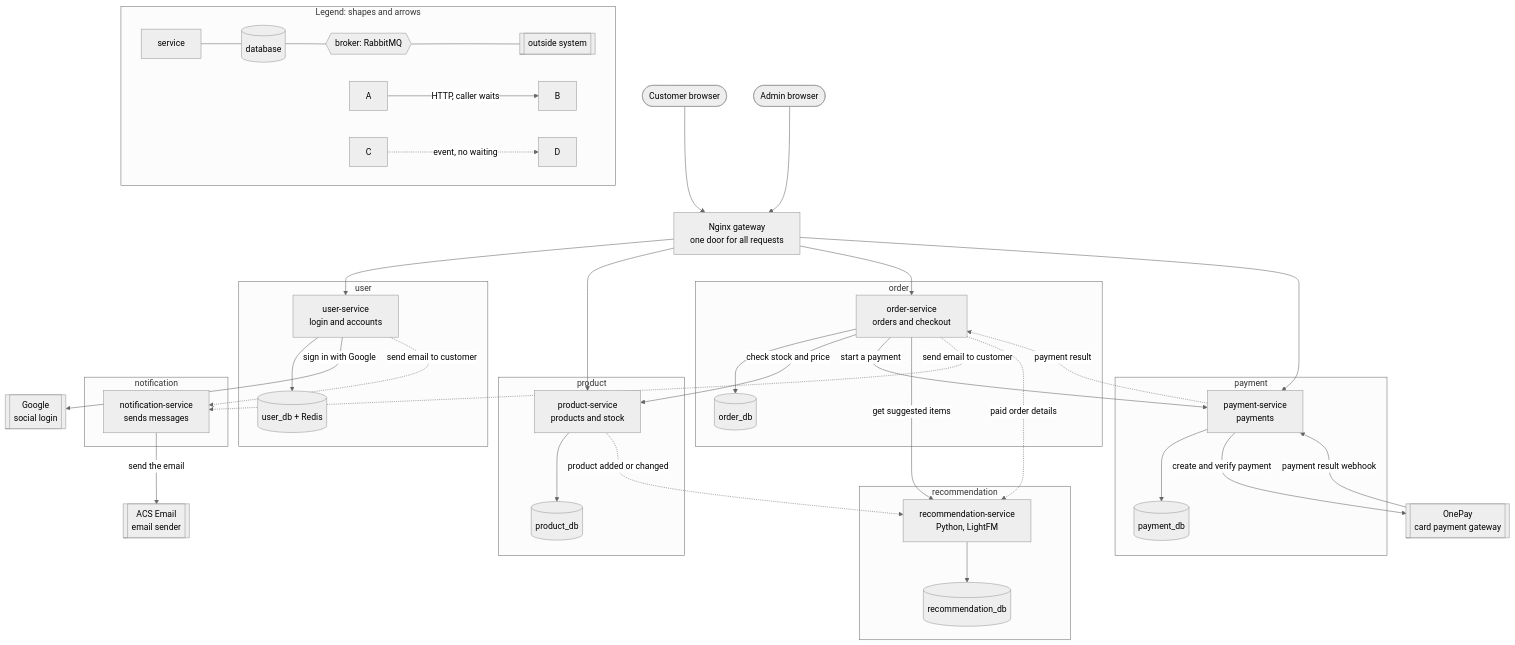
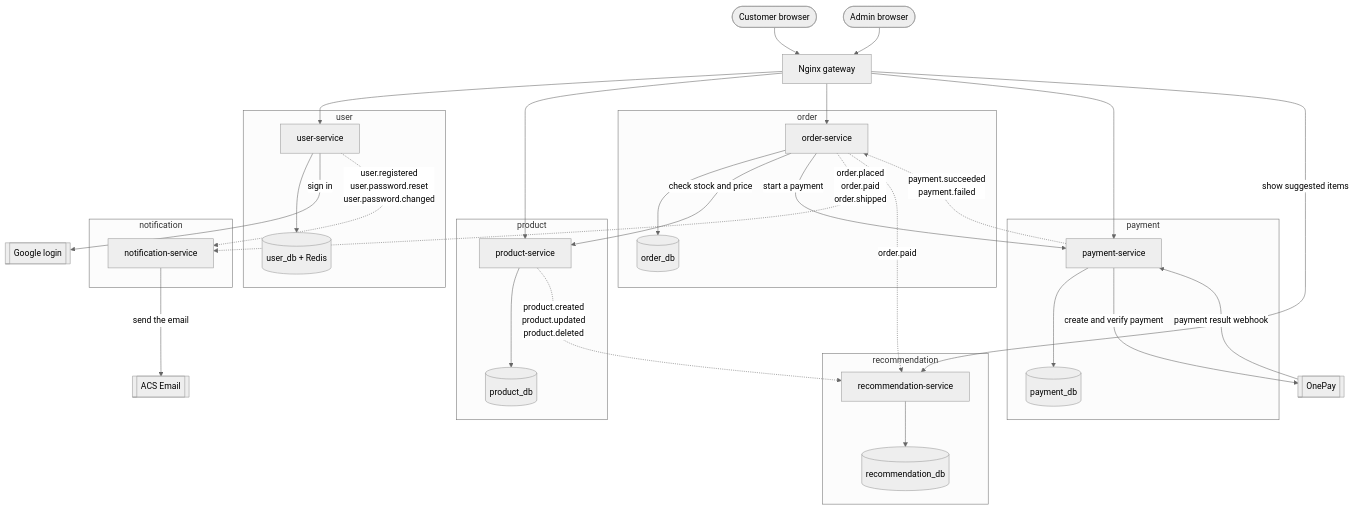
One commit to MotoXpress-wicky/infrastructure changed the diagram in docs/architecture/02-container-diagram.md. Above: the diagram before and after it, drawn with Mermaid (neutral theme). The commit also changed other lines of this file and 2 other files, not shown here.

Commit message:
updated the container diagram and event contracts

````diff
--- a/docs/architecture/02-container-diagram.md
+++ b/docs/architecture/02-container-diagram.md
@@ -18,74 +18,64 @@
 ```mermaid
 flowchart TB
     customer([Customer browser])
     admin([Admin browser])
 
-    nginx["Nginx gateway<br/>one door for all requests"]
+    nginx["Nginx gateway"]
 
     subgraph userbox [user]
-        user["user-service<br/>login and accounts"]
+        user["user-service"]
         userdb[("user_db + Redis")]
     end
     subgraph productbox [product]
-        product["product-service<br/>products and stock"]
+        product["product-service"]
         productdb[("product_db")]
     end
     subgraph orderbox [order]
-        order["order-service<br/>orders and checkout"]
+        order["order-service"]
         orderdb[("order_db")]
     end
     subgraph paymentbox [payment]
-        payment["payment-service<br/>payments"]
+        payment["payment-service"]
         paymentdb[("payment_db")]
     end
     subgraph notifbox [notification]
-        notif["notification-service<br/>sends messages"]
+        notif["notification-service"]
     end
     subgraph recobox [recommendation]
-        reco["recommendation-service<br/>Python, LightFM"]
+        reco["recommendation-service"]
         recodb[("recommendation_db")]
     end
 
-    onepay[["OnePay<br/>card payment gateway"]]
-    acs[["ACS Email<br/>email sender"]]
-    google[["Google<br/>social login"]]
+    onepay[["OnePay"]]
+    acs[["ACS Email"]]
+    google[["Google login"]]
 
     %% ---------- HTTP: solid line, caller waits ----------
     customer --> nginx
     admin --> nginx
     nginx --> user
     nginx --> product
     nginx --> order
     nginx --> payment
+    nginx -->|show suggested items| reco
 
     user --> userdb
     product --> productdb
     order --> orderdb
     payment --> paymentdb
     reco --> recodb
 
     order -->|check stock and price| product
     order -->|start a payment| payment
-    order -->|get suggested items| reco
-    user -->|sign in with Google| google
+    user -->|sign in| google
     payment -->|create and verify payment| onepay
     onepay -->|payment result webhook| payment
     notif -->|send the email| acs
 
-    %% ---------- events: dotted line, no waiting ----------
-    payment -.->|payment result| order
-    order -.->|send email to customer| notif
-    user -.->|send email to customer| notif
-    order -.->|paid order details| reco
-    product -.->|product added or changed| reco
-
-    %% ---------- legend ----------
-    subgraph legend [Legend: shapes and arrows]
-        direction LR
-        L1[service] --- L2[("database")]
-        L2 --- L3{{"broker: RabbitMQ"}}
-        L3 --- L4[[outside system]]
-        L5[A] -->|HTTP, caller waits| L6[B]
-        L7[C] -.->|event, no waiting| L8[D]
-    end
+    %% ---------- events: dotted line, no waiting, real event names ----------
+    payment -.->|"payment.succeeded<br/>payment.failed"| order
+    user -.->|"user.registered<br/>user.password.reset<br/>user.password.changed"| notif
+    order -.->|"order.placed<br/>order.paid<br/>order.shipped"| notif
+    order -.->|"order.paid"| reco
+    product -.->|"product.created<br/>product.updated<br/>product.deleted"| reco
 ```
````
